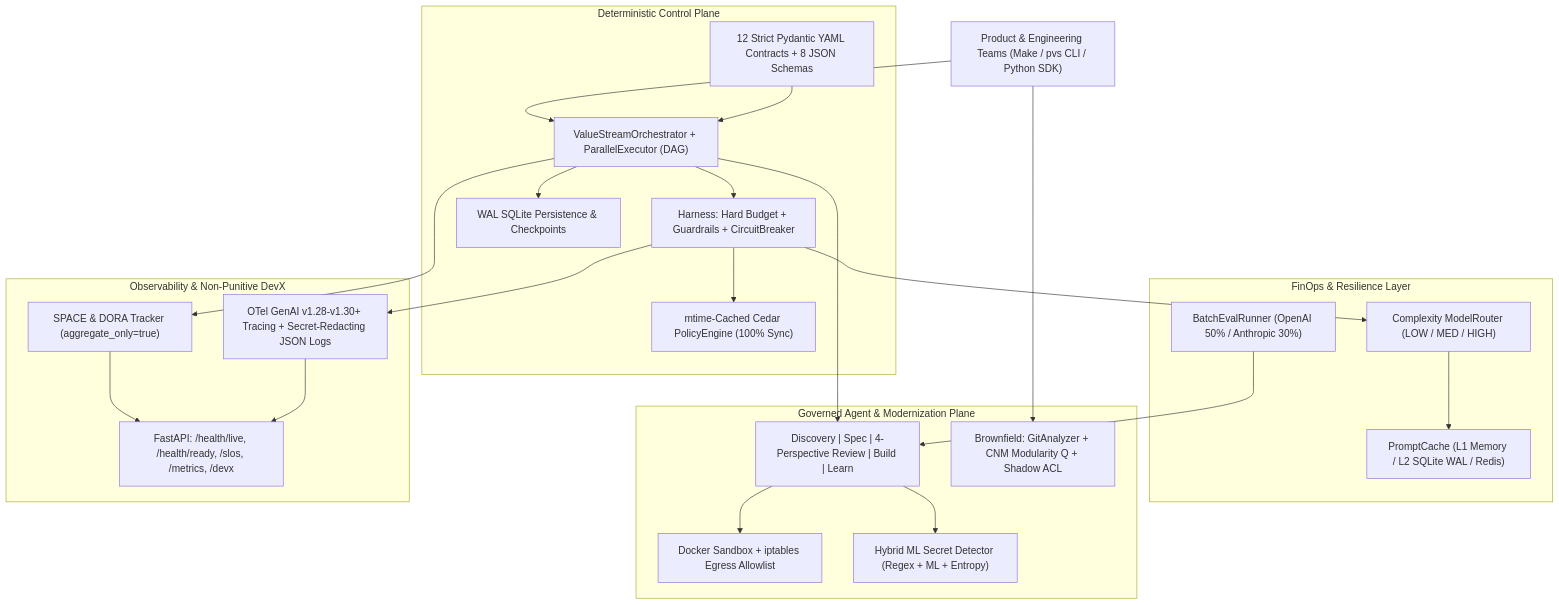
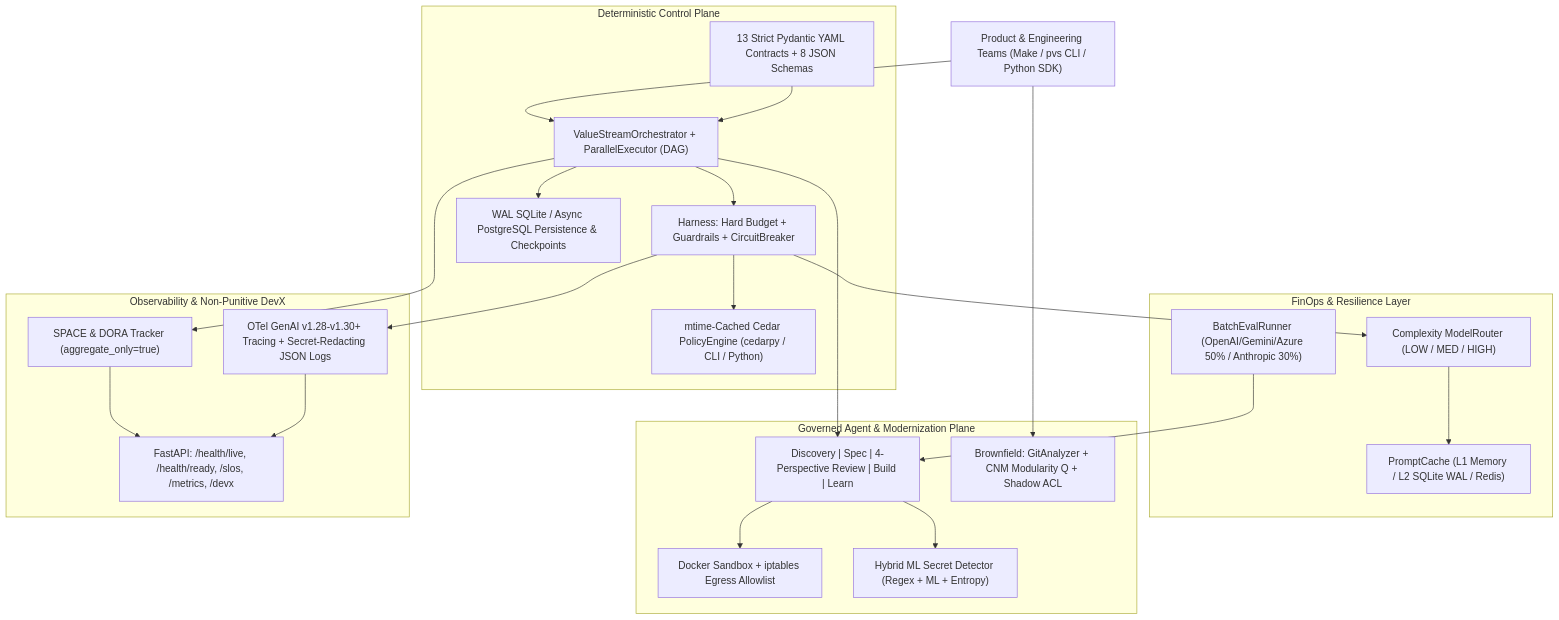
Before and after one commit to vfcarida/AI-Native-Product-Value-System: the diagram in README.md, drawn with Mermaid. The commit also changed other lines of this file and 57 other files, not shown here.

Commit message:
feat(v1.1): add Gemini/Azure/Ollama adapters, Postgres backend, multi-lang AST drift scanner, Helm chart, and lockfile

````diff
--- a/README.md
+++ b/README.md
@@ -36,48 +36,48 @@
 ```mermaid
 flowchart TB
     Dev["Product & Engineering Teams (Make / pvs CLI / Python SDK)"]
 
     subgraph Control["Deterministic Control Plane"]
         Orch["ValueStreamOrchestrator + ParallelExecutor (DAG)"]
-        Contracts["12 Strict Pydantic YAML Contracts + 8 JSON Schemas"]
+        Contracts["13 Strict Pydantic YAML Contracts + 8 JSON Schemas"]
         Harness["Harness: Hard Budget + Guardrails + CircuitBreaker"]
-        Policy["mtime-Cached Cedar PolicyEngine (100% Sync)"]
-        DB["WAL SQLite Persistence & Checkpoints"]
+        Policy["mtime-Cached Cedar PolicyEngine (cedarpy / CLI / Python)"]
+        DB["WAL SQLite / Async PostgreSQL Persistence & Checkpoints"]
     end
 
     subgraph FinOps["FinOps & Resilience Layer"]
         Router["Complexity ModelRouter (LOW / MED / HIGH)"]
         Cache["PromptCache (L1 Memory / L2 SQLite WAL / Redis)"]
-        Batch["BatchEvalRunner (OpenAI 50% / Anthropic 30%)"]
+        Batch["BatchEvalRunner (OpenAI/Gemini/Azure 50% / Anthropic 30%)"]
     end
 
     subgraph Agents["Governed Agent & Modernization Plane"]
         Pipeline["Discovery | Spec | 4-Perspective Review | Build | Learn"]
         Brownfield["Brownfield: GitAnalyzer + CNM Modularity Q + Shadow ACL"]
         Sandbox["Docker Sandbox + iptables Egress Allowlist"]
         Secret["Hybrid ML Secret Detector (Regex + ML + Entropy)"]
     end
 
     subgraph Obs["Observability & Non-Punitive DevX"]
         OTel["OTel GenAI v1.28-v1.30+ Tracing + Secret-Redacting JSON Logs"]
         HTTP["FastAPI: /health/live, /health/ready, /slos, /metrics, /devx"]
         DevX["SPACE & DORA Tracker (aggregate_only=true)"]
     end
 
     Dev --> Orch
     Contracts --> Orch
     Orch --> Harness
     Harness --> Policy
     Harness --> Router
     Router --> Cache
     Orch --> Pipeline
     Orch --> DB
     Pipeline --> Sandbox
     Pipeline --> Secret
     Dev --> Brownfield
     Batch --> Pipeline
     Harness --> OTel
     Orch --> DevX
     DevX --> HTTP
     OTel --> HTTP
 ```
````
